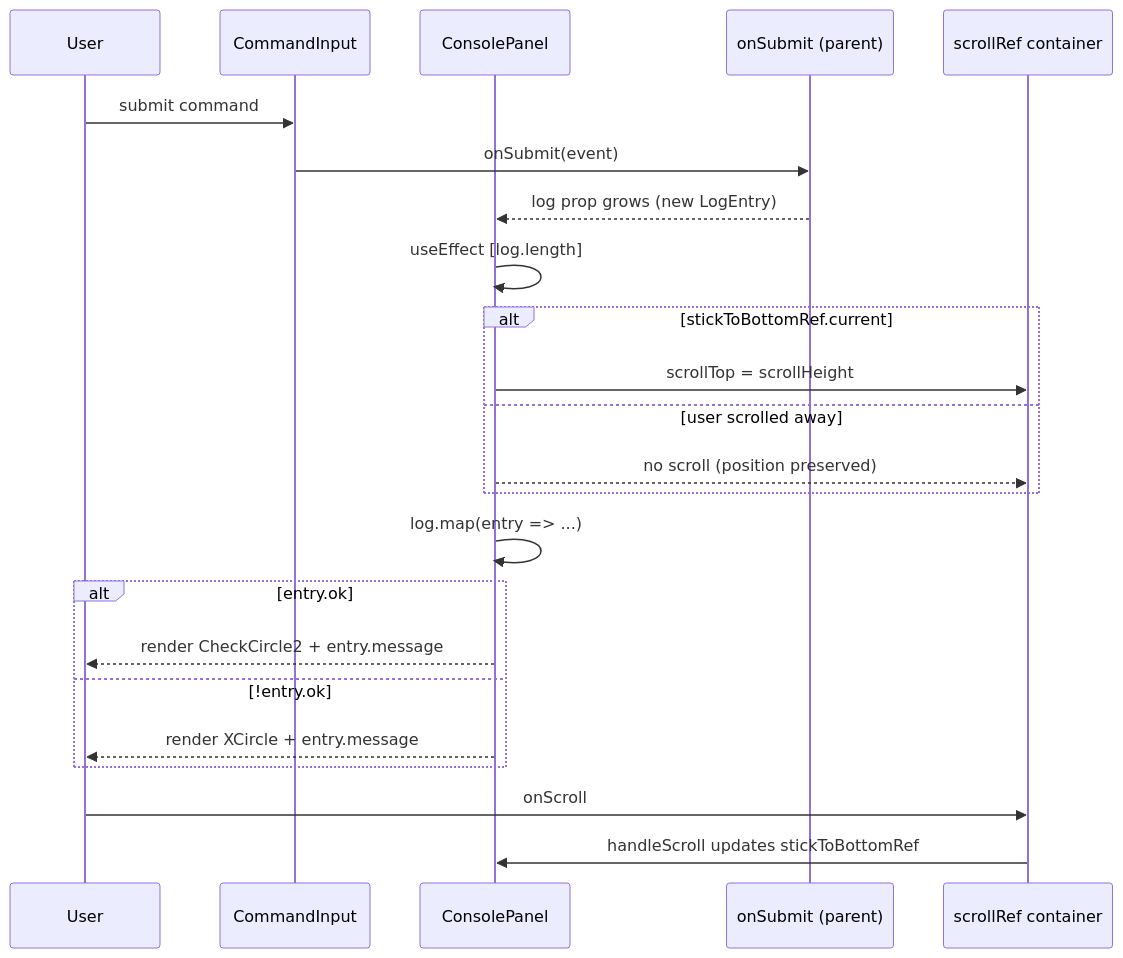
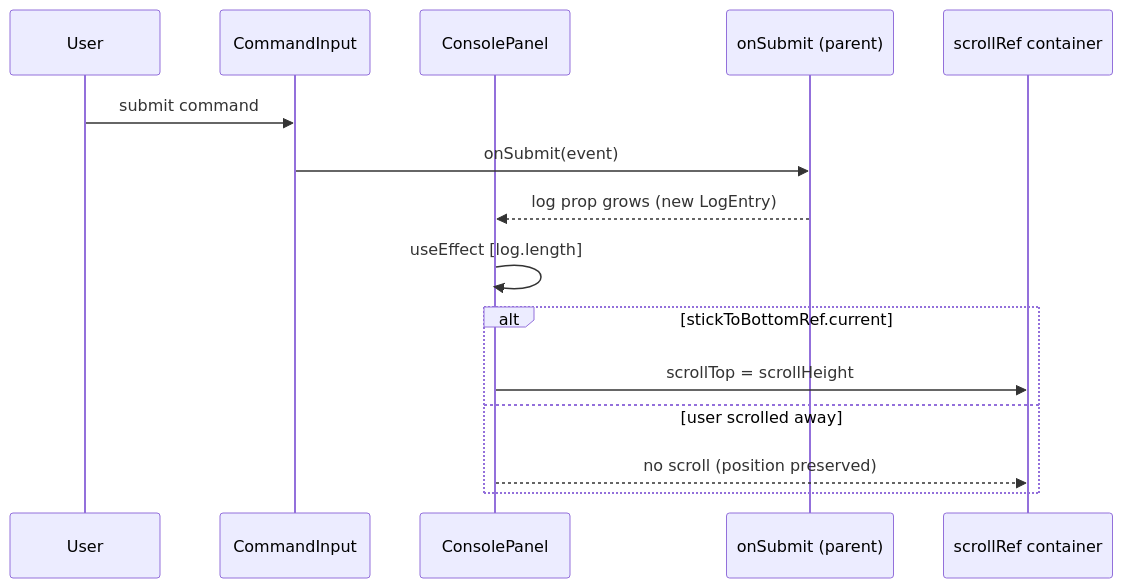
One commit to jgyy/architect-model changed the first of 2 diagrams in docs/categories/command-console.md. Above: the diagram before and after it, drawn with Mermaid. The commit also changed other lines of this file and 31 other files, not shown here.

Commit message:
docs: split mermaids into 2 for easier viewing (#52)

````diff
--- a/docs/categories/command-console.md
+++ b/docs/categories/command-console.md
@@ -17,26 +19,18 @@
 ```mermaid
 sequenceDiagram
     participant U as User
     participant CI as CommandInput
     participant CP as ConsolePanel
     participant WS as onSubmit (parent)
     participant DOM as scrollRef container
 
     U->>CI: submit command
     CI->>WS: onSubmit(event)
     WS-->>CP: log prop grows (new LogEntry)
     CP->>CP: useEffect [log.length]
     alt stickToBottomRef.current
         CP->>DOM: scrollTop = scrollHeight
     else user scrolled away
         CP-->>DOM: no scroll (position preserved)
     end
-    CP->>CP: log.map(entry => ...)
-    alt entry.ok
-        CP-->>U: render CheckCircle2 + entry.message
-    else !entry.ok
-        CP-->>U: render XCircle + entry.message
-    end
-    U->>DOM: onScroll
-    DOM->>CP: handleScroll updates stickToBottomRef
 ```
````
